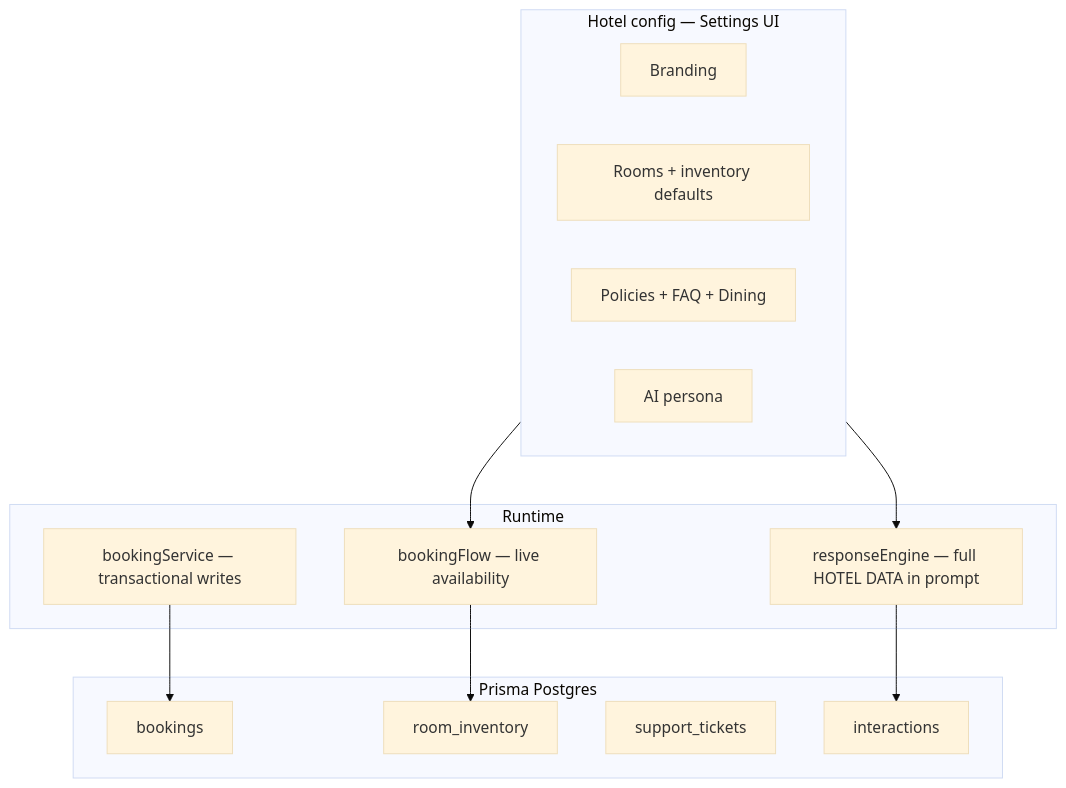
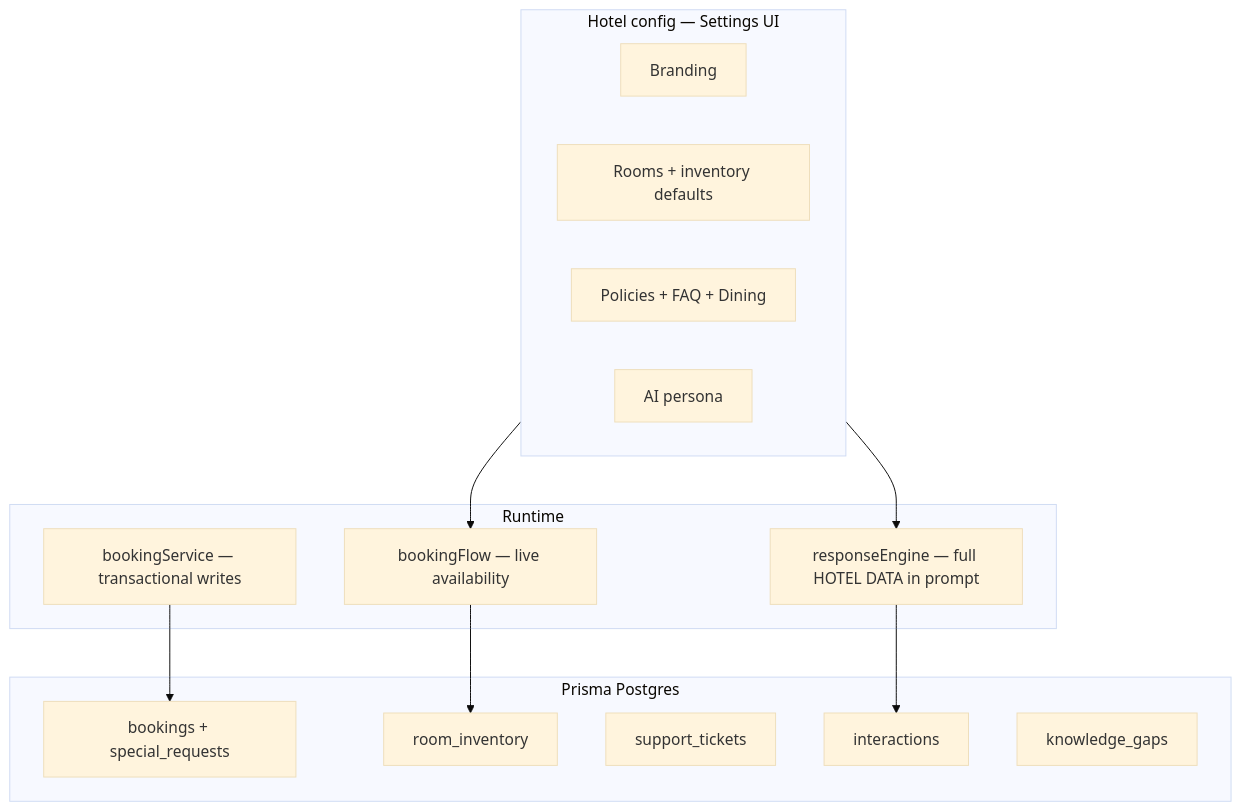
One commit to prabin923/Voice-assistant changed the sixth of 6 diagrams in README.md. Above: the diagram before and after it, drawn with Mermaid (base theme). The commit also changed other lines of this file, not shown here.

````diff
--- a/README.md
+++ b/README.md
@@ -227,28 +243,29 @@
 ```mermaid
 flowchart TB
   subgraph config [Hotel config — Settings UI]
     C1[Branding]
     C2[Rooms + inventory defaults]
     C3[Policies + FAQ + Dining]
     C4[AI persona]
   end
 
   subgraph runtime [Runtime]
     R1[responseEngine — full HOTEL DATA in prompt]
     R2[bookingFlow — live availability]
     R3[bookingService — transactional writes]
   end
 
   subgraph storage [Prisma Postgres]
-    S1[bookings]
+    S1[bookings + special_requests]
     S2[room_inventory]
     S3[support_tickets]
     S4[interactions]
+    S5[knowledge_gaps]
   end
 
   config --> R1
   config --> R2
   R2 --> S2
   R3 --> S1
   R1 --> S4
 ```
````
